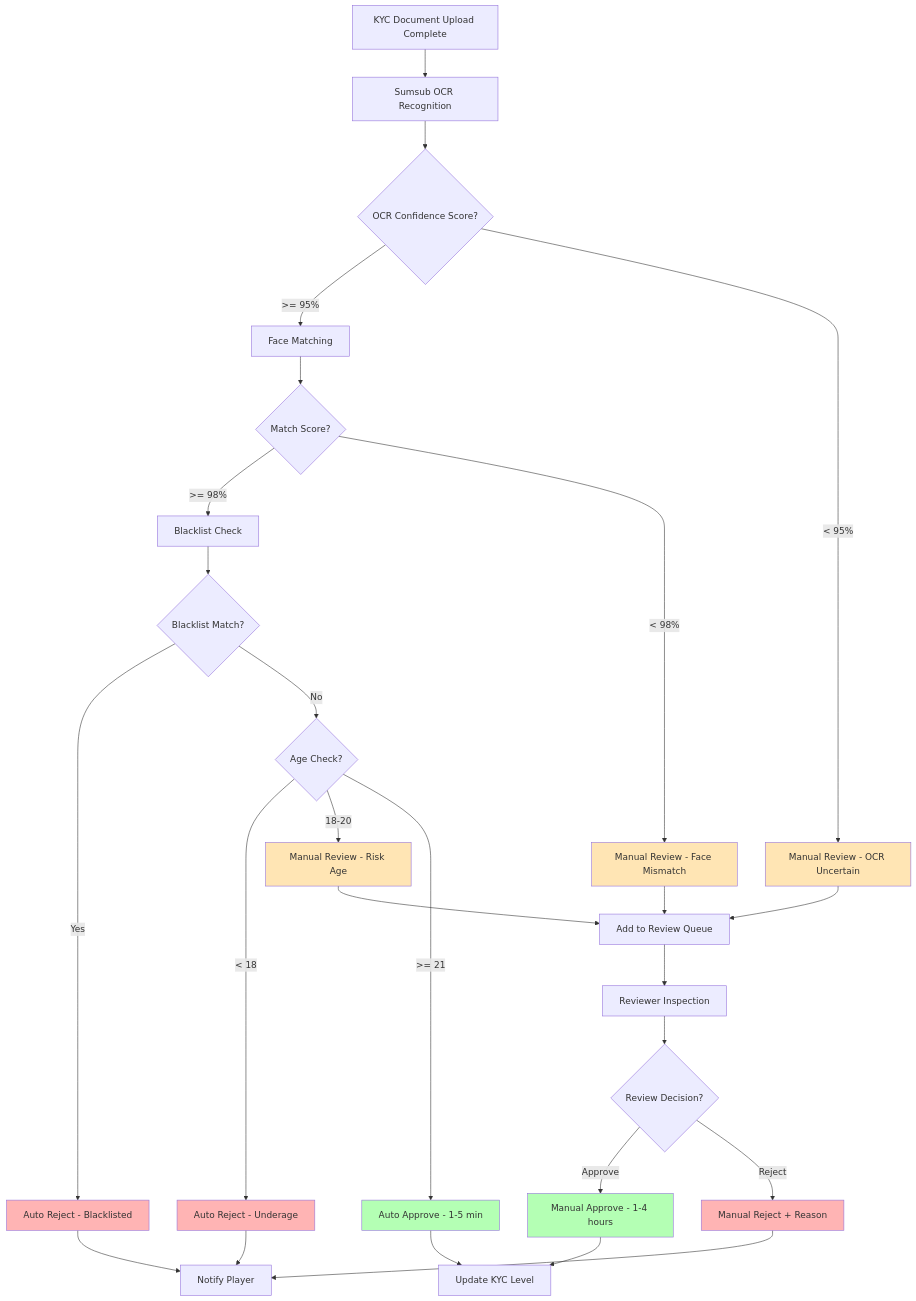
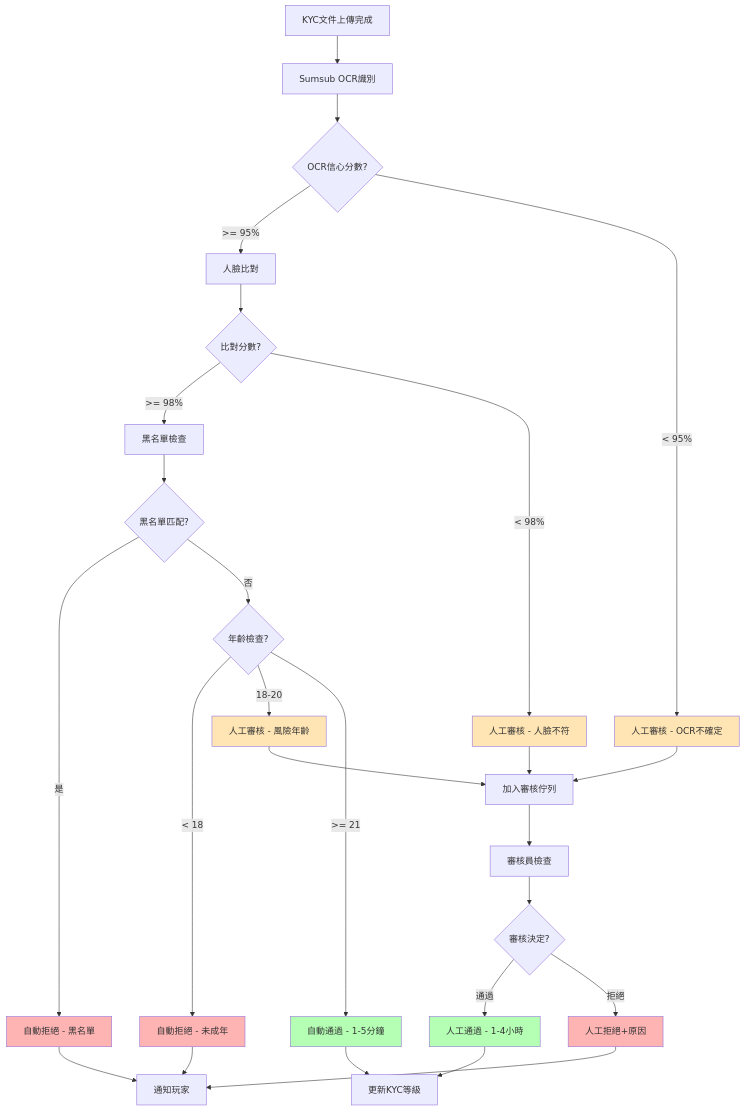
Before and after one commit to ron03wlb/smart-admin: the third of 3 diagrams in docs/iGaming/architecture/01_Player_Service/Player_Lifecycle_Implementation.md, drawn with Mermaid. The commit also changed other lines of this file, not shown here.

First line of the commit message:
docs(iGaming): translate Player_Lifecycle_Implementation.md to Traditional Chinese

````diff
--- a/docs/iGaming/architecture/01_Player_Service/Player_Lifecycle_Implementation.md
+++ b/docs/iGaming/architecture/01_Player_Service/Player_Lifecycle_Implementation.md
@@ -136,39 +136,39 @@
 ```mermaid
 flowchart TD
-    START[KYC Document Upload Complete] --> OCR[Sumsub OCR Recognition]
+    START[KYC文件上傳完成] --> OCR[Sumsub OCR識別]
 
-    OCR --> CHECK_CONF{OCR Confidence Score?}
-    CHECK_CONF -->|>= 95%| FACE[Face Matching]
-    CHECK_CONF -->|< 95%| MANUAL1[Manual Review - OCR Uncertain]
+    OCR --> CHECK_CONF{OCR信心分數?}
+    CHECK_CONF -->|>= 95%| FACE[人臉比對]
+    CHECK_CONF -->|< 95%| MANUAL1[人工審核 - OCR不確定]
 
-    FACE --> CHECK_FACE{Match Score?}
-    CHECK_FACE -->|>= 98%| BLACKLIST[Blacklist Check]
-    CHECK_FACE -->|< 98%| MANUAL2[Manual Review - Face Mismatch]
+    FACE --> CHECK_FACE{比對分數?}
+    CHECK_FACE -->|>= 98%| BLACKLIST[黑名單檢查]
+    CHECK_FACE -->|< 98%| MANUAL2[人工審核 - 人臉不符]
 
-    BLACKLIST --> CHECK_BL{Blacklist Match?}
-    CHECK_BL -->|Yes| REJECT[Auto Reject - Blacklisted]
-    CHECK_BL -->|No| AGE_CHECK{Age Check?}
+    BLACKLIST --> CHECK_BL{黑名單匹配?}
+    CHECK_BL -->|是| REJECT[自動拒絕 - 黑名單]
+    CHECK_BL -->|否| AGE_CHECK{年齡檢查?}
 
-    AGE_CHECK -->|< 18| REJECT_AGE[Auto Reject - Underage]
-    AGE_CHECK -->|18-20| MANUAL3[Manual Review - Risk Age]
-    AGE_CHECK -->|>= 21| AUTO_APPROVE[Auto Approve - 1-5 min]
+    AGE_CHECK -->|< 18| REJECT_AGE[自動拒絕 - 未成年]
+    AGE_CHECK -->|18-20| MANUAL3[人工審核 - 風險年齡]
+    AGE_CHECK -->|>= 21| AUTO_APPROVE[自動通過 - 1-5分鐘]
 
-    MANUAL1 & MANUAL2 & MANUAL3 --> QUEUE[Add to Review Queue]
-    QUEUE --> REVIEWER[Reviewer Inspection]
+    MANUAL1 & MANUAL2 & MANUAL3 --> QUEUE[加入審核佇列]
+    QUEUE --> REVIEWER[審核員檢查]
 
-    REVIEWER --> DECISION{Review Decision?}
-    DECISION -->|Approve| APPROVE[Manual Approve - 1-4 hours]
-    DECISION -->|Reject| REJECT_MANUAL[Manual Reject + Reason]
+    REVIEWER --> DECISION{審核決定?}
+    DECISION -->|通過| APPROVE[人工通過 - 1-4小時]
+    DECISION -->|拒絕| REJECT_MANUAL[人工拒絕+原因]
 
-    AUTO_APPROVE & APPROVE --> UPDATE[Update KYC Level]
-    REJECT & REJECT_AGE & REJECT_MANUAL --> NOTIFY[Notify Player]
+    AUTO_APPROVE & APPROVE --> UPDATE[更新KYC等級]
+    REJECT & REJECT_AGE & REJECT_MANUAL --> NOTIFY[通知玩家]
 
     style AUTO_APPROVE fill:#B4FFB4
     style APPROVE fill:#B4FFB4
     style REJECT fill:#FFB4B4
     style REJECT_AGE fill:#FFB4B4
     style REJECT_MANUAL fill:#FFB4B4
     style MANUAL1 fill:#FFE5B4
     style MANUAL2 fill:#FFE5B4
     style MANUAL3 fill:#FFE5B4
 ```
````
